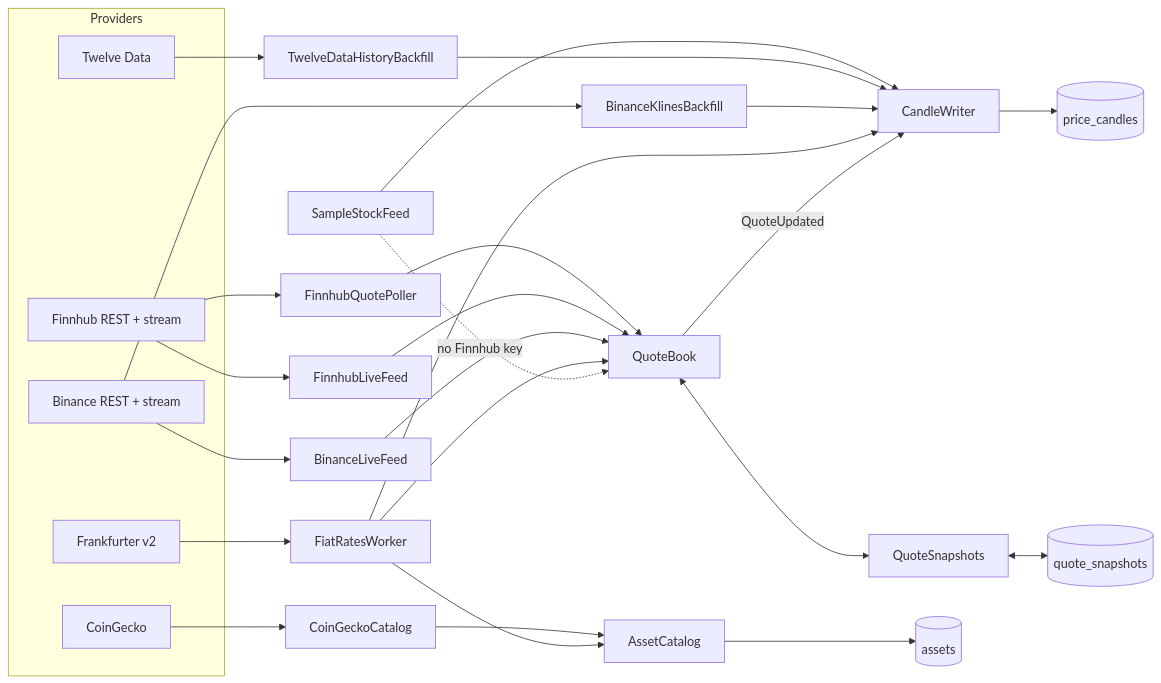
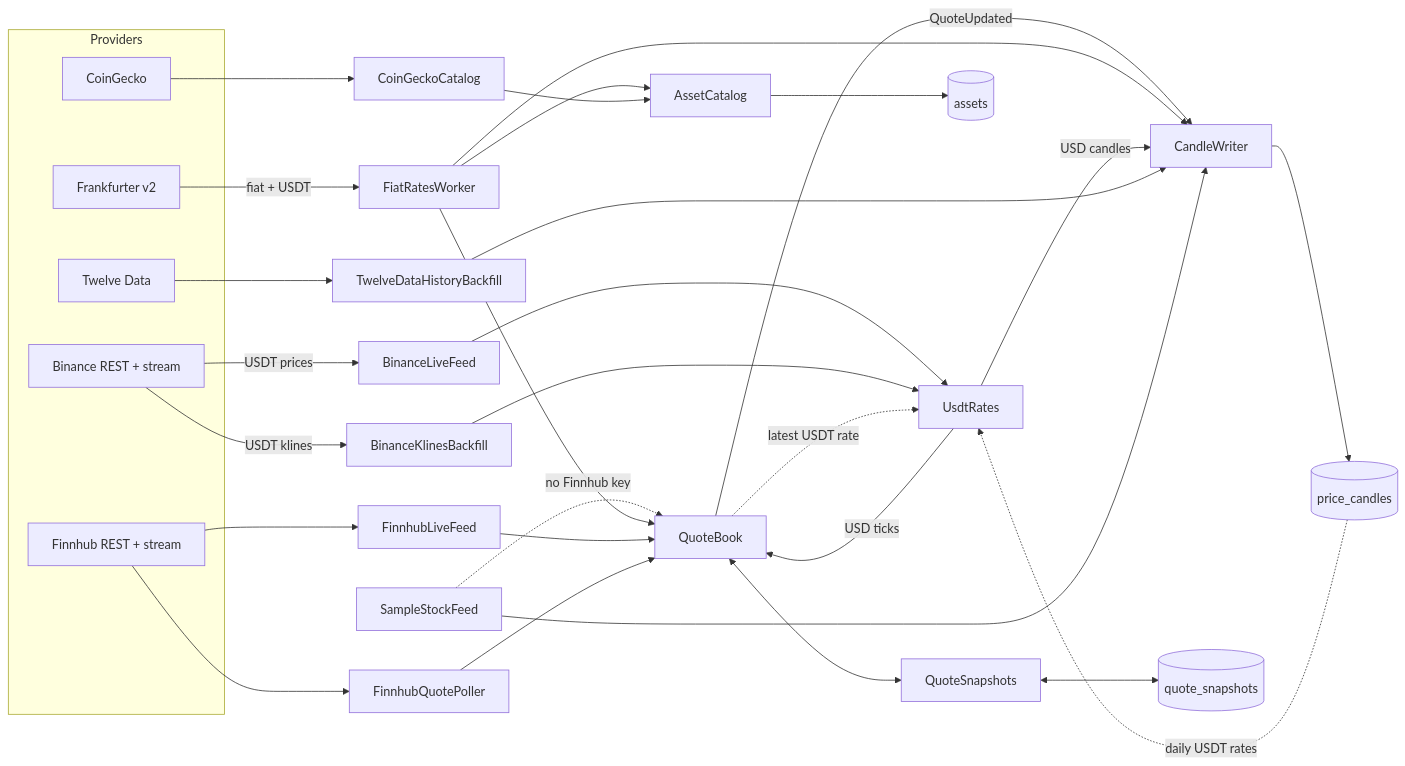
The diagram in docs/features/market-data-ingestion.md (ahmed-amine-jerbi/marketlens), drawn with Mermaid before and after one commit. The commit also changed other lines of this file and 44 other files, not shown here.

````diff
--- a/docs/features/market-data-ingestion.md
+++ b/docs/features/market-data-ingestion.md
@@ -68,32 +89,36 @@
 ```mermaid
 flowchart LR
   subgraph Providers
     FK[Frankfurter v2]
     BN[Binance REST + stream]
     FH[Finnhub REST + stream]
     TD[Twelve Data]
     CG[CoinGecko]
   end
-  FK --> FRW[FiatRatesWorker]
-  BN --> BLF[BinanceLiveFeed]
-  BN --> BKB[BinanceKlinesBackfill]
+  FK -- fiat + USDT --> FRW[FiatRatesWorker]
+  BN -- USDT prices --> BLF[BinanceLiveFeed]
+  BN -- USDT klines --> BKB[BinanceKlinesBackfill]
+  BLF --> UR[UsdtRates]
+  BKB --> UR
+  QB -. latest USDT rate .-> UR
+  PG -. daily USDT rates .-> UR
   FH --> FLF[FinnhubLiveFeed]
   FH --> FQP[FinnhubQuotePoller]
   TD --> TDB[TwelveDataHistoryBackfill]
   CG --> CGC[CoinGeckoCatalog]
   SSF[SampleStockFeed] -. no Finnhub key .-> QB
   FRW --> QB[QuoteBook]
-  BLF --> QB
+  UR -- USD ticks --> QB
   FLF --> QB
   FQP --> QB
   QB -- QuoteUpdated --> CW[CandleWriter]
   FRW --> CW
-  BKB --> CW
+  UR -- USD candles --> CW
   TDB --> CW
   SSF --> CW
   CW --> PG[(price_candles)]
   QB <--> QS[QuoteSnapshots] <--> SN[(quote_snapshots)]
   FRW --> AC[AssetCatalog]
   CGC --> AC
   AC --> AS[(assets)]
 ```
````
